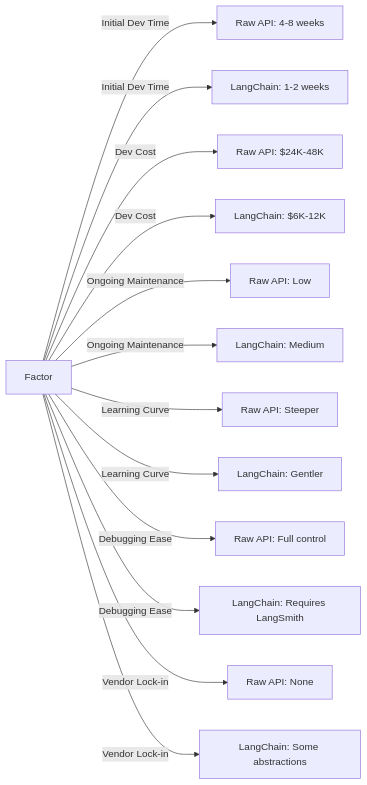
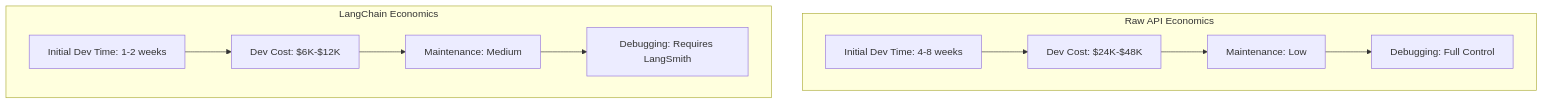
One commit to krisztiankoos/kubedojo changed the second of 3 diagrams in src/content/docs/ai-ml-engineering/frameworks-agents/module-1.1-langchain-fundamentals.md. Above: the diagram before and after it, drawn with Mermaid. The commit also changed other lines of this file, not shown here.

````diff
--- a/src/content/docs/ai-ml-engineering/frameworks-agents/module-1.1-langchain-fundamentals.md
+++ b/src/content/docs/ai-ml-engineering/frameworks-agents/module-1.1-langchain-fundamentals.md
@@ -83,15 +126,17 @@
 ```mermaid
-flowchart LR
-    F[Factor] --> |Initial Dev Time| R1[Raw API: 4-8 weeks]
-    F --> |Initial Dev Time| L1[LangChain: 1-2 weeks]
-    F --> |Dev Cost| R2[Raw API: $24K-48K]
-    F --> |Dev Cost| L2[LangChain: $6K-12K]
-    F --> |Ongoing Maintenance| R3[Raw API: Low]
-    F --> |Ongoing Maintenance| L3[LangChain: Medium]
-    F --> |Learning Curve| R4[Raw API: Steeper]
-    F --> |Learning Curve| L4[LangChain: Gentler]
-    F --> |Debugging Ease| R5[Raw API: Full control]
-    F --> |Debugging Ease| L5[LangChain: Requires LangSmith]
-    F --> |Vendor Lock-in| R6[Raw API: None]
-    F --> |Vendor Lock-in| L6[LangChain: Some abstractions]
+flowchart TD
+    subgraph "Raw API Economics"
+        R1[Initial Dev Time: 4-8 weeks]
+        R2[Dev Cost: $24K-$48K]
+        R3[Maintenance: Low]
+        R4[Debugging: Full Control]
+        R1 --> R2 --> R3 --> R4
+    end
+    subgraph "LangChain Economics"
+        L1[Initial Dev Time: 1-2 weeks]
+        L2[Dev Cost: $6K-$12K]
+        L3[Maintenance: Medium]
+        L4[Debugging: Requires LangSmith]
+        L1 --> L2 --> L3 --> L4
+    end
 ```
````
